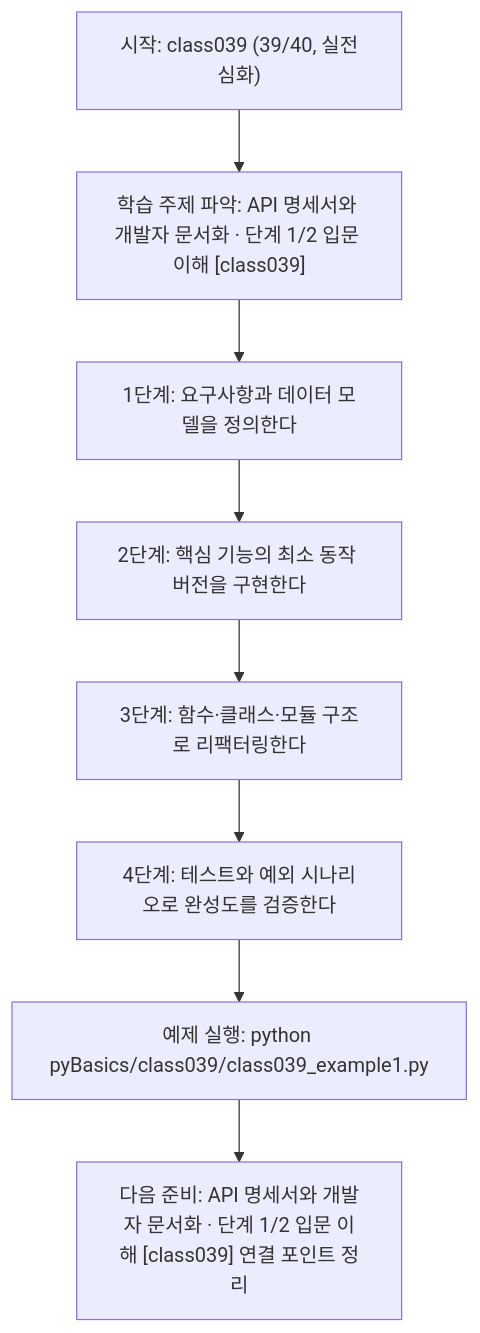
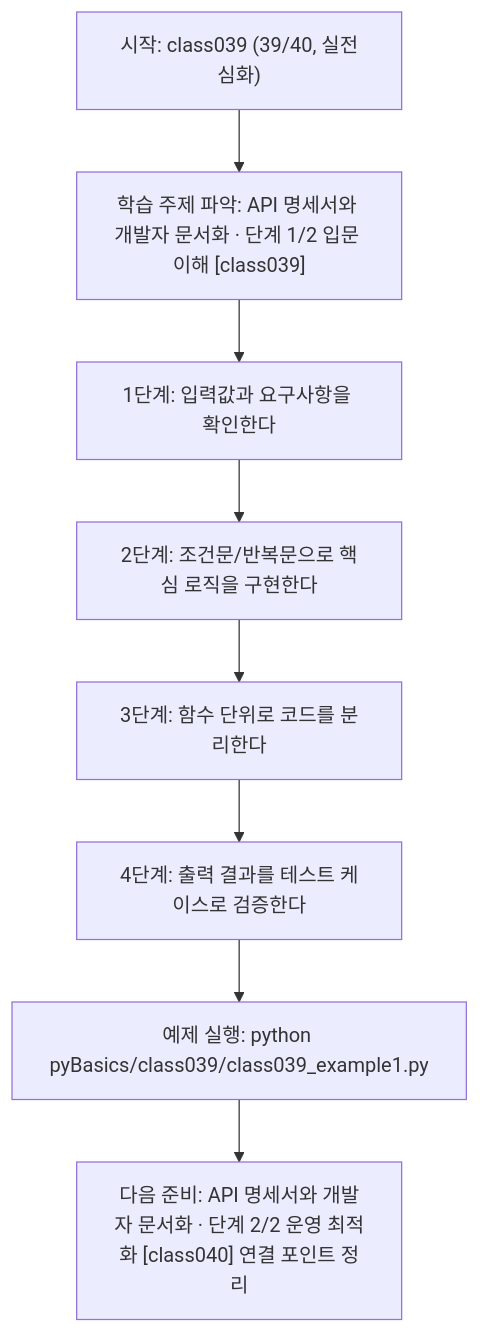
Before and after one commit to edumgt/Python-AI_Agent-Class: the diagram in pyBasics/class039/class039.md, drawn with Mermaid. The commit also changed other lines of this file and 2370 other files, not shown here.

````diff
--- a/pyBasics/class039/class039.md
+++ b/pyBasics/class039/class039.md
@@ -108,18 +91,18 @@
 ```mermaid
 flowchart TD
 N1["시작: class039 (39/40, 실전심화)"]
 N2["학습 주제 파악: API 명세서와 개발자 문서화 · 단계 1/2 입문 이해 [class039]"]
-N3["1단계: 요구사항과 데이터 모델을 정의한다"]
-N4["2단계: 핵심 기능의 최소 동작 버전을 구현한다"]
-N5["3단계: 함수·클래스·모듈 구조로 리팩터링한다"]
-N6["4단계: 테스트와 예외 시나리오로 완성도를 검증한다"]
+N3["1단계: 입력값과 요구사항을 확인한다"]
+N4["2단계: 조건문/반복문으로 핵심 로직을 구현한다"]
+N5["3단계: 함수 단위로 코드를 분리한다"]
+N6["4단계: 출력 결과를 테스트 케이스로 검증한다"]
 N7["예제 실행: python pyBasics/class039/class039_example1.py"]
-N8["다음 준비: API 명세서와 개발자 문서화 · 단계 1/2 입문 이해 [class039] 연결 포인트 정리"]
+N8["다음 준비: API 명세서와 개발자 문서화 · 단계 2/2 운영 최적화 [class040] 연결 포인트 정리"]
 N1 --> N2
 N2 --> N3
 N3 --> N4
 N4 --> N5
 N5 --> N6
 N6 --> N7
 N7 --> N8
 ```
````
